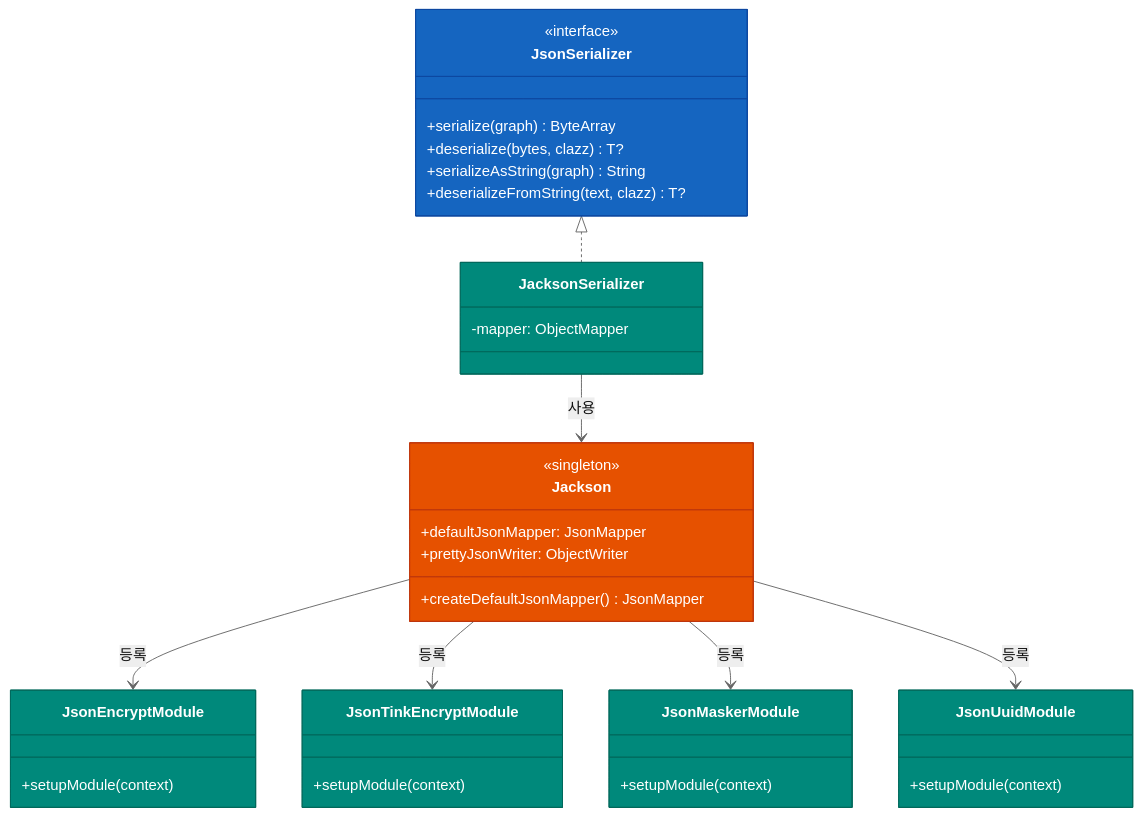
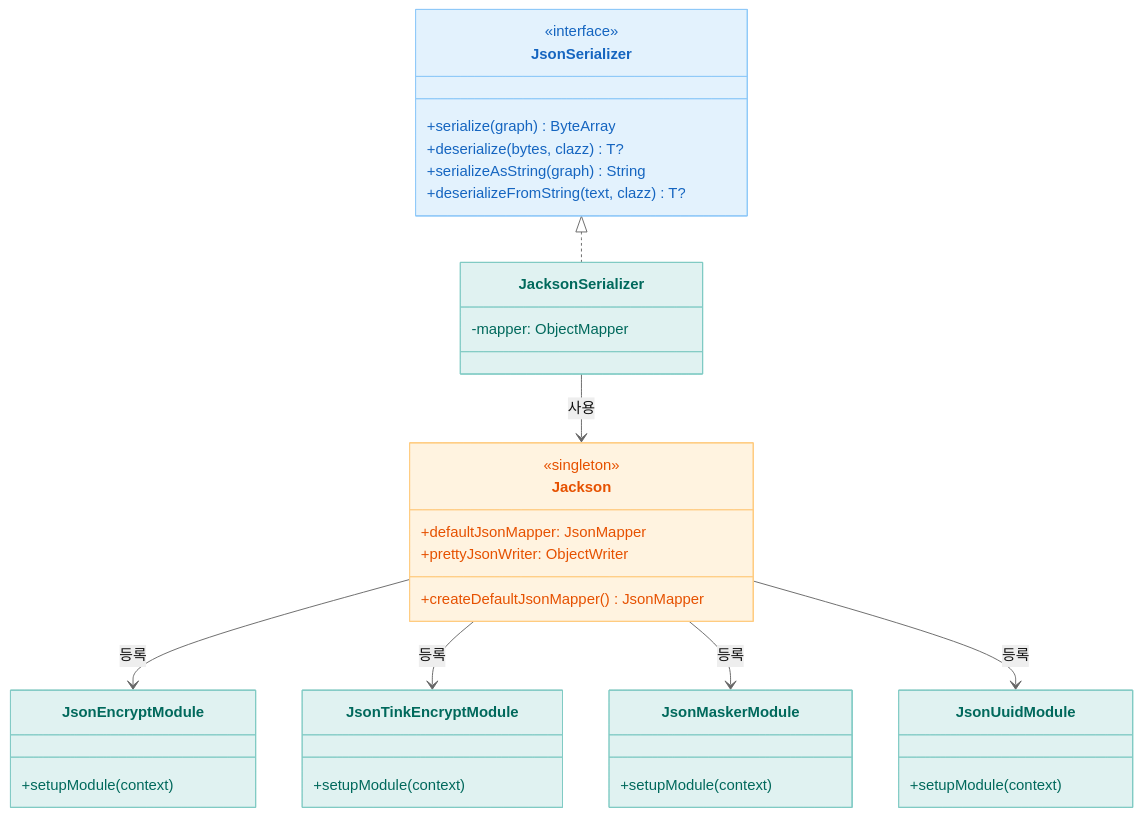
One commit to bluetape4k/bluetape4k-projects changed the second of 3 diagrams in io/jackson3/README.ko.md. Above: the diagram before and after it, drawn with Mermaid (neutral theme). The commit also changed other lines of this file and 219 other files, not shown here.

First line of the commit message:
docs: 전체 README Mermaid 다이어그램 가이드 적용

````diff
--- a/io/jackson3/README.ko.md
+++ b/io/jackson3/README.ko.md
@@ -321,52 +321,52 @@
 ```mermaid
 classDiagram
     class JsonSerializer {
         <<interface>>
         +serialize(graph) ByteArray
         +deserialize(bytes, clazz) T?
         +serializeAsString(graph) String
         +deserializeFromString(text, clazz) T?
     }
 
     class JacksonSerializer {
         -mapper: ObjectMapper
     }
 
     class Jackson {
         <<singleton>>
         +defaultJsonMapper: JsonMapper
         +prettyJsonWriter: ObjectWriter
         +createDefaultJsonMapper() JsonMapper
     }
 
     class JsonEncryptModule {
         +setupModule(context)
     }
 
     class JsonTinkEncryptModule {
         +setupModule(context)
     }
 
     class JsonMaskerModule {
         +setupModule(context)
     }
 
     class JsonUuidModule {
         +setupModule(context)
     }
 
     JsonSerializer <|.. JacksonSerializer
     JacksonSerializer --> Jackson : 사용
     Jackson --> JsonEncryptModule : 등록
     Jackson --> JsonTinkEncryptModule : 등록
     Jackson --> JsonMaskerModule : 등록
     Jackson --> JsonUuidModule : 등록
 
-    style JsonSerializer fill:#1565C0,stroke:#0D47A1,color:#FFFFFF
-    style JacksonSerializer fill:#00897B,stroke:#00695C,color:#FFFFFF
-    style Jackson fill:#E65100,stroke:#BF360C,color:#FFFFFF
-    style JsonEncryptModule fill:#00897B,stroke:#00695C,color:#FFFFFF
-    style JsonTinkEncryptModule fill:#00897B,stroke:#00695C,color:#FFFFFF
-    style JsonMaskerModule fill:#00897B,stroke:#00695C,color:#FFFFFF
-    style JsonUuidModule fill:#00897B,stroke:#00695C,color:#FFFFFF
+    style JsonSerializer fill:#E3F2FD,stroke:#90CAF9,color:#1565C0
+    style JacksonSerializer fill:#E0F2F1,stroke:#80CBC4,color:#00695C
+    style Jackson fill:#FFF3E0,stroke:#FFCC80,color:#E65100
+    style JsonEncryptModule fill:#E0F2F1,stroke:#80CBC4,color:#00695C
+    style JsonTinkEncryptModule fill:#E0F2F1,stroke:#80CBC4,color:#00695C
+    style JsonMaskerModule fill:#E0F2F1,stroke:#80CBC4,color:#00695C
+    style JsonUuidModule fill:#E0F2F1,stroke:#80CBC4,color:#00695C
 ```
````
